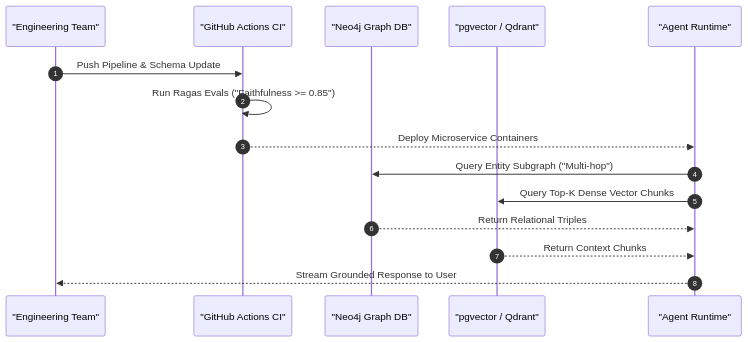
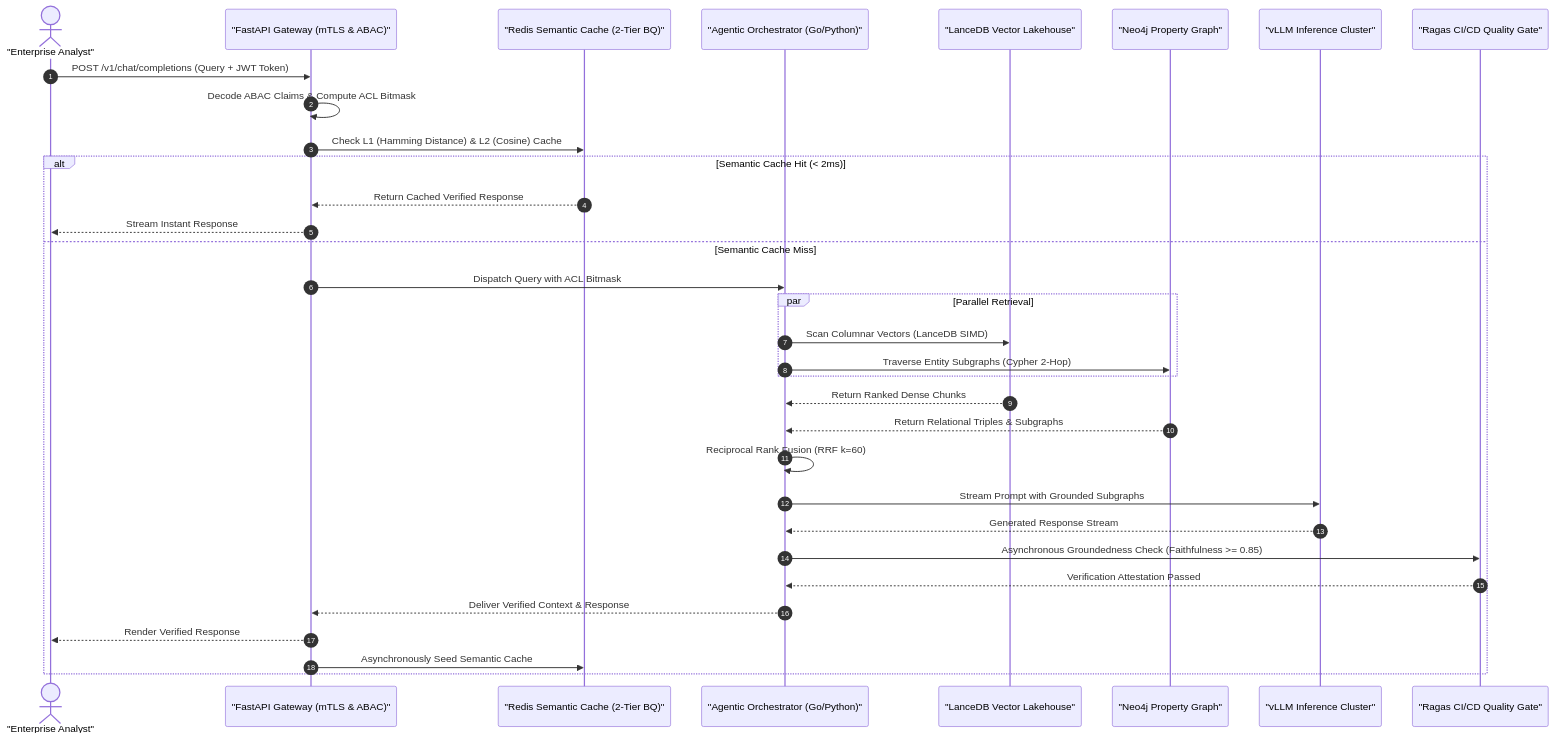
The second of 2 diagrams in content/series/ai-data-engineering-pipeline/executive-summary.md (vesviet/vesviet), drawn with Mermaid before and after one commit. The commit also changed other lines of this file and 67 other files, not shown here.

Commit message:
feat(sprint-3): upgrade ai-data-engineering-pipeline and ai-driven-engineer series to 2027 SOTA masterclass

````diff
--- a/content/series/ai-data-engineering-pipeline/executive-summary.md
+++ b/content/series/ai-data-engineering-pipeline/executive-summary.md
@@ -224,18 +469,37 @@
 ```mermaid
 sequenceDiagram
     autonumber
-    participant Dev as "Engineering Team"
-    participant CI as "GitHub Actions CI"
-    participant Graph as "Neo4j Graph DB"
-    participant Vector as "pgvector / Qdrant"
-    participant Prod as "Agent Runtime"
+    actor User as "Enterprise Analyst"
+    participant Gateway as "FastAPI Gateway (mTLS & ABAC)"
+    participant Cache as "Redis Semantic Cache (2-Tier BQ)"
+    participant Orchestrator as "Agentic Orchestrator (Go/Python)"
+    participant VectorDB as "LanceDB Vector Lakehouse"
+    participant GraphDB as "Neo4j Property Graph"
+    participant LLM as "vLLM Inference Cluster"
+    participant Evals as "Ragas CI/CD Quality Gate"
 
-    Dev->>CI: Push Pipeline & Schema Update
-    CI->>CI: Run Ragas Evals ("Faithfulness >= 0.85")
-    CI-->>Prod: Deploy Microservice Containers
-    Prod->>Graph: Query Entity Subgraph ("Multi-hop")
-    Prod->>Vector: Query Top-K Dense Vector Chunks
-    Graph-->>Prod: Return Relational Triples
-    Vector-->>Prod: Return Context Chunks
-    Prod-->>Dev: Stream Grounded Response to User
+    User->>Gateway: POST /v1/chat/completions (Query + JWT Token)
+    Gateway->>Gateway: Decode ABAC Claims & Compute ACL Bitmask
+    Gateway->>Cache: Check L1 (Hamming Distance) & L2 (Cosine) Cache
+
+    alt Semantic Cache Hit (< 2ms)
+        Cache-->>Gateway: Return Cached Verified Response
+        Gateway-->>User: Stream Instant Response
+    else Semantic Cache Miss
+        Gateway->>Orchestrator: Dispatch Query with ACL Bitmask
+        par Parallel Retrieval
+            Orchestrator->>VectorDB: Scan Columnar Vectors (LanceDB SIMD)
+            Orchestrator->>GraphDB: Traverse Entity Subgraphs (Cypher 2-Hop)
+        end
+        VectorDB-->>Orchestrator: Return Ranked Dense Chunks
+        GraphDB-->>Orchestrator: Return Relational Triples & Subgraphs
+        Orchestrator->>Orchestrator: Reciprocal Rank Fusion (RRF k=60)
+        Orchestrator->>LLM: Stream Prompt with Grounded Subgraphs
+        LLM-->>Orchestrator: Generated Response Stream
+        Orchestrator->>Evals: Asynchronous Groundedness Check (Faithfulness >= 0.85)
+        Evals-->>Orchestrator: Verification Attestation Passed
+        Orchestrator-->>Gateway: Deliver Verified Context & Response
+        Gateway-->>User: Render Verified Response
+        Gateway->>Cache: Asynchronously Seed Semantic Cache
+    end
 ```
````
